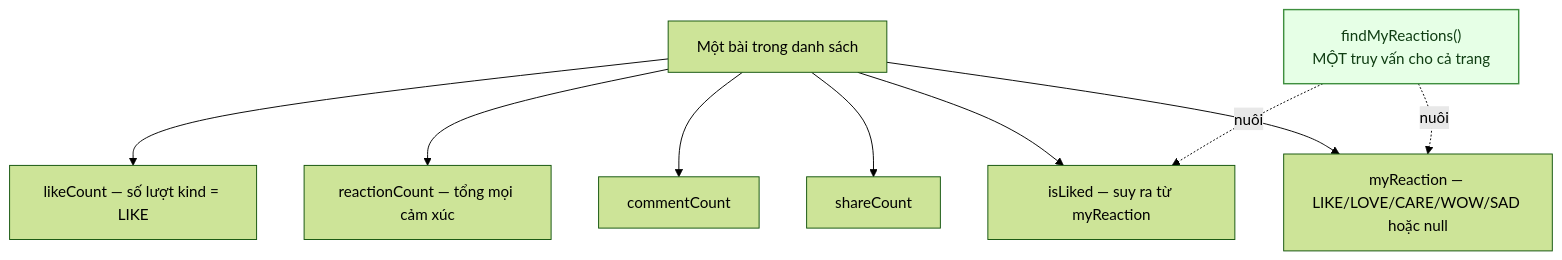
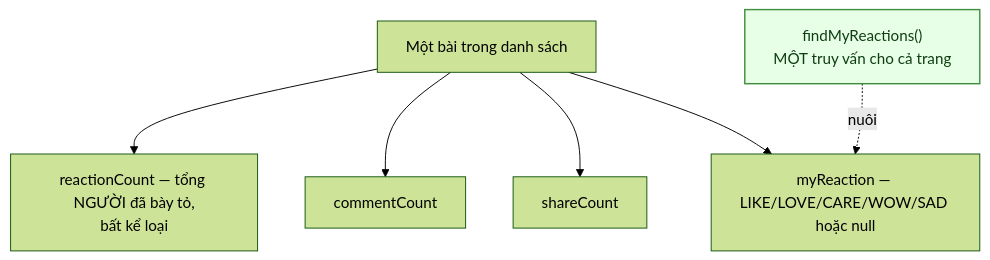
The fifth of 6 diagrams in docs/diagram/05-feed.md (fdshn/trueheart), drawn with Mermaid (forest theme) before and after one commit. The commit also changed other lines of this file and 56 other files, not shown here.

First line of the commit message:
feat(interaction): một nút cảm xúc, bật điểm F41, đếm hàng đợi bình luận

````diff
--- a/docs/diagram/05-feed.md
+++ b/docs/diagram/05-feed.md
@@ -136,14 +136,11 @@
 ```mermaid
 flowchart TD
-    P[Một bài trong danh sách] --> A["likeCount — số lượt kind = LIKE"]
-    P --> B["reactionCount — tổng mọi cảm xúc"]
+    P[Một bài trong danh sách] --> B["reactionCount — tổng NGƯỜI đã bày tỏ,<br/>bất kể loại"]
     P --> C["commentCount"]
     P --> D["shareCount"]
-    P --> E["isLiked — suy ra từ myReaction"]
     P --> F["myReaction — LIKE/LOVE/CARE/WOW/SAD hoặc null"]
 
-    G["findMyReactions()<br/>MỘT truy vấn cho cả trang"] -.nuôi.-> E
-    G -.nuôi.-> F
+    G["findMyReactions()<br/>MỘT truy vấn cho cả trang"] -.nuôi.-> F
 
     style G fill:#e6ffe6,stroke:#3f8f3f,stroke-width:1.5px,color:#0f3d12
 ```
````
